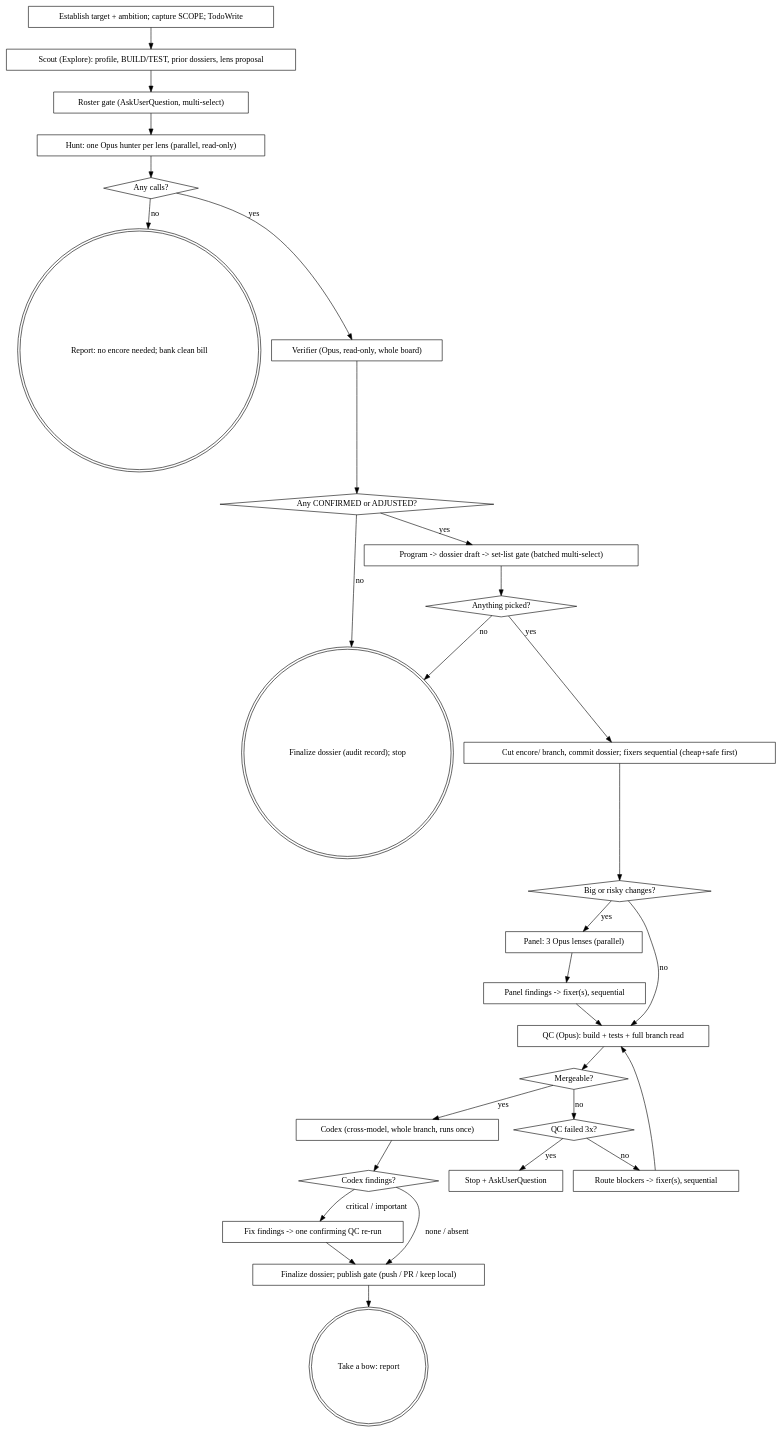
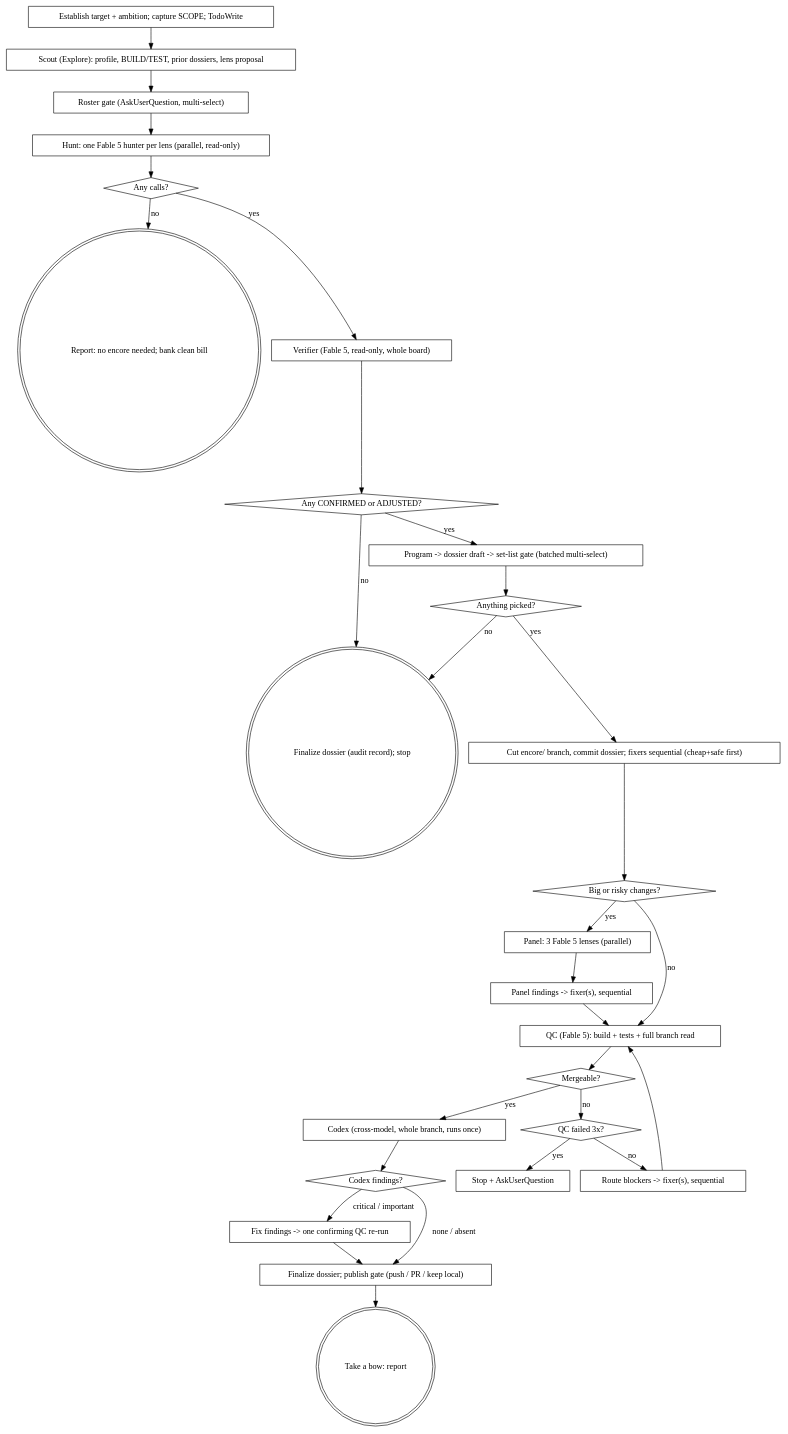
Before and after one commit to PythonShe/Repertoire: the diagram in skills/encore/SKILL.md, drawn with Graphviz. The commit also changed other lines of this file and 38 other files, not shown here.

````diff
--- a/skills/encore/SKILL.md
+++ b/skills/encore/SKILL.md
@@ -83,55 +83,55 @@
 ```dot
 digraph encore {
     rankdir=TB;
     "Establish target + ambition; capture SCOPE; TodoWrite" [shape=box];
     "Scout (Explore): profile, BUILD/TEST, prior dossiers, lens proposal" [shape=box];
     "Roster gate (AskUserQuestion, multi-select)" [shape=box];
-    "Hunt: one Opus hunter per lens (parallel, read-only)" [shape=box];
+    "Hunt: one Fable 5 hunter per lens (parallel, read-only)" [shape=box];
     "Any calls?" [shape=diamond];
     "Report: no encore needed; bank clean bill" [shape=doublecircle];
-    "Verifier (Opus, read-only, whole board)" [shape=box];
+    "Verifier (Fable 5, read-only, whole board)" [shape=box];
     "Any CONFIRMED or ADJUSTED?" [shape=diamond];
     "Finalize dossier (audit record); stop" [shape=doublecircle];
     "Program -> dossier draft -> set-list gate (batched multi-select)" [shape=box];
     "Anything picked?" [shape=diamond];
     "Cut encore/ branch, commit dossier; fixers sequential (cheap+safe first)" [shape=box];
     "Big or risky changes?" [shape=diamond];
-    "Panel: 3 Opus lenses (parallel)" [shape=box];
+    "Panel: 3 Fable 5 lenses (parallel)" [shape=box];
     "Panel findings -> fixer(s), sequential" [shape=box];
-    "QC (Opus): build + tests + full branch read" [shape=box];
+    "QC (Fable 5): build + tests + full branch read" [shape=box];
     "Mergeable?" [shape=diamond];
     "QC failed 3x?" [shape=diamond];
     "Route blockers -> fixer(s), sequential" [shape=box];
     "Stop + AskUserQuestion" [shape=box];
     "Codex (cross-model, whole branch, runs once)" [shape=box];
     "Codex findings?" [shape=diamond];
     "Fix findings -> one confirming QC re-run" [shape=box];
     "Finalize dossier; publish gate (push / PR / keep local)" [shape=box];
     "Take a bow: report" [shape=doublecircle];
 
-    "Establish target + ambition; capture SCOPE; TodoWrite" -> "Scout (Explore): profile, BUILD/TEST, prior dossiers, lens proposal" -> "Roster gate (AskUserQuestion, multi-select)" -> "Hunt: one Opus hunter per lens (parallel, read-only)" -> "Any calls?";
+    "Establish target + ambition; capture SCOPE; TodoWrite" -> "Scout (Explore): profile, BUILD/TEST, prior dossiers, lens proposal" -> "Roster gate (AskUserQuestion, multi-select)" -> "Hunt: one Fable 5 hunter per lens (parallel, read-only)" -> "Any calls?";
     "Any calls?" -> "Report: no encore needed; bank clean bill" [label="no"];
-    "Any calls?" -> "Verifier (Opus, read-only, whole board)" [label="yes"];
-    "Verifier (Opus, read-only, whole board)" -> "Any CONFIRMED or ADJUSTED?";
+    "Any calls?" -> "Verifier (Fable 5, read-only, whole board)" [label="yes"];
+    "Verifier (Fable 5, read-only, whole board)" -> "Any CONFIRMED or ADJUSTED?";
     "Any CONFIRMED or ADJUSTED?" -> "Finalize dossier (audit record); stop" [label="no"];
     "Any CONFIRMED or ADJUSTED?" -> "Program -> dossier draft -> set-list gate (batched multi-select)" [label="yes"];
     "Program -> dossier draft -> set-list gate (batched multi-select)" -> "Anything picked?";
     "Anything picked?" -> "Finalize dossier (audit record); stop" [label="no"];
     "Anything picked?" -> "Cut encore/ branch, commit dossier; fixers sequential (cheap+safe first)" [label="yes"];
     "Cut encore/ branch, commit dossier; fixers sequential (cheap+safe first)" -> "Big or risky changes?";
-    "Big or risky changes?" -> "Panel: 3 Opus lenses (parallel)" [label="yes"];
-    "Big or risky changes?" -> "QC (Opus): build + tests + full branch read" [label="no"];
-    "Panel: 3 Opus lenses (parallel)" -> "Panel findings -> fixer(s), sequential" -> "QC (Opus): build + tests + full branch read";
-    "QC (Opus): build + tests + full branch read" -> "Mergeable?";
+    "Big or risky changes?" -> "Panel: 3 Fable 5 lenses (parallel)" [label="yes"];
+    "Big or risky changes?" -> "QC (Fable 5): build + tests + full branch read" [label="no"];
+    "Panel: 3 Fable 5 lenses (parallel)" -> "Panel findings -> fixer(s), sequential" -> "QC (Fable 5): build + tests + full branch read";
+    "QC (Fable 5): build + tests + full branch read" -> "Mergeable?";
     "Mergeable?" -> "Codex (cross-model, whole branch, runs once)" [label="yes"];
     "Mergeable?" -> "QC failed 3x?" [label="no"];
     "QC failed 3x?" -> "Stop + AskUserQuestion" [label="yes"];
     "QC failed 3x?" -> "Route blockers -> fixer(s), sequential" [label="no"];
-    "Route blockers -> fixer(s), sequential" -> "QC (Opus): build + tests + full branch read";
+    "Route blockers -> fixer(s), sequential" -> "QC (Fable 5): build + tests + full branch read";
     "Codex (cross-model, whole branch, runs once)" -> "Codex findings?";
     "Codex findings?" -> "Finalize dossier; publish gate (push / PR / keep local)" [label="none / absent"];
     "Codex findings?" -> "Fix findings -> one confirming QC re-run" [label="critical / important"];
     "Fix findings -> one confirming QC re-run" -> "Finalize dossier; publish gate (push / PR / keep local)";
     "Finalize dossier; publish gate (push / PR / keep local)" -> "Take a bow: report";
 }
 ```
````
